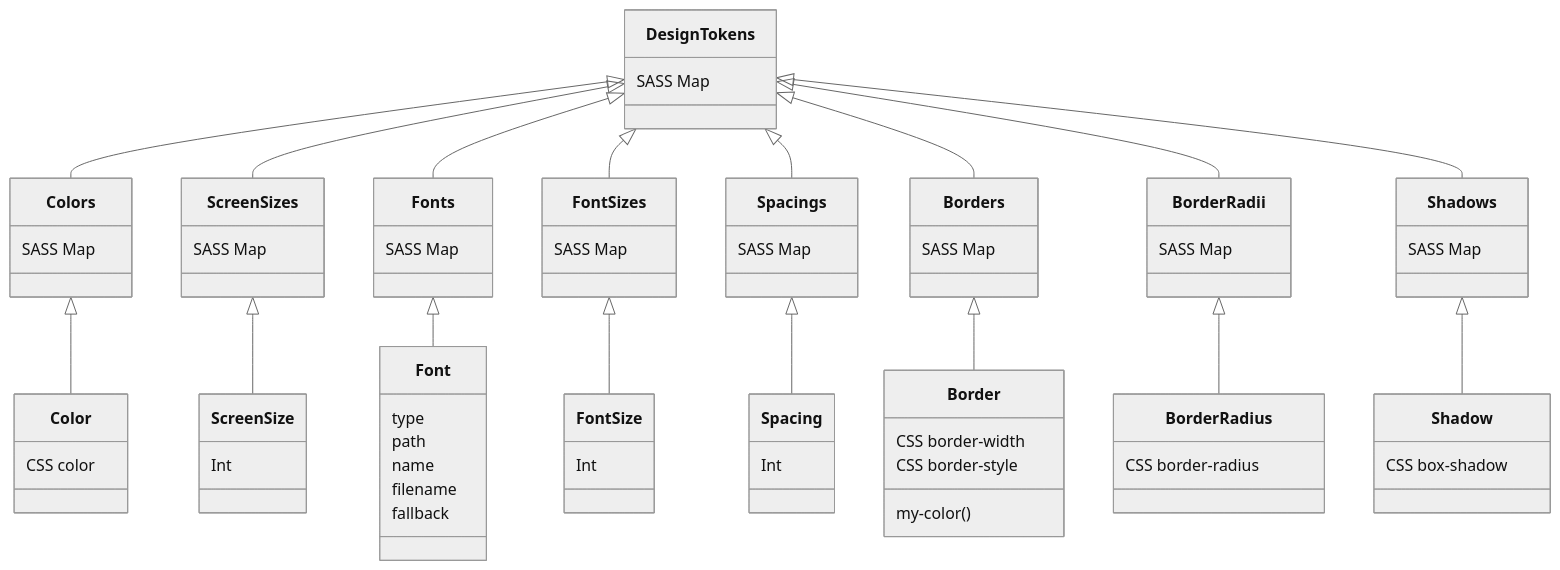
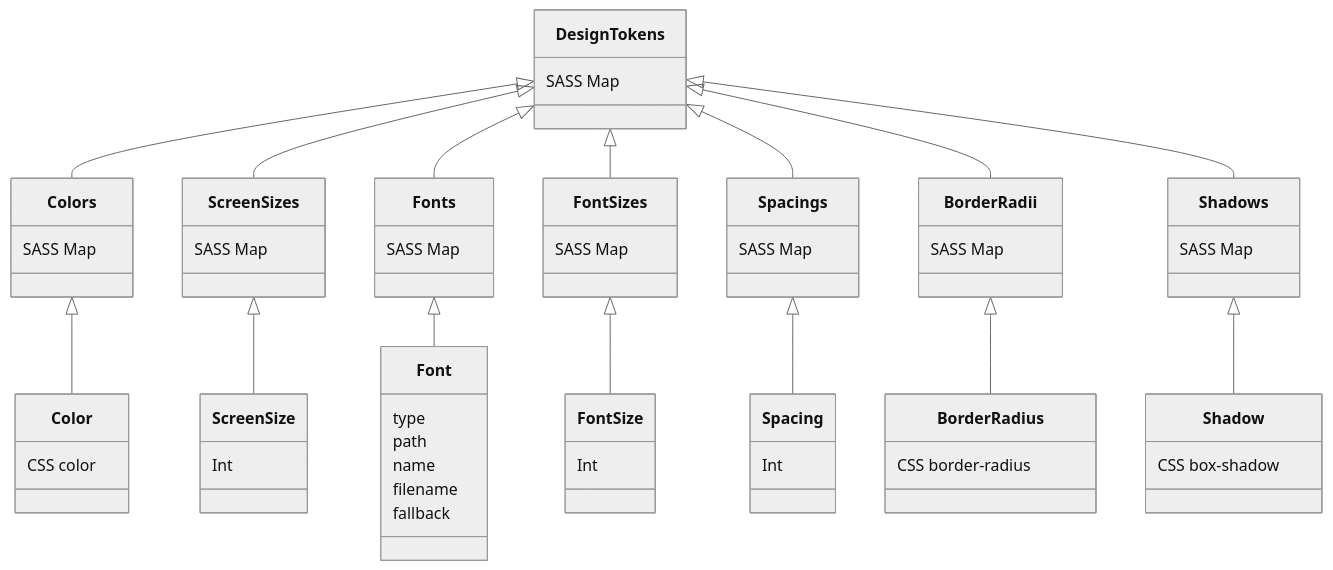
Before and after one commit to ita-design-system/.github: the second of 2 diagrams in README.md, drawn with Mermaid (neutral theme). The commit also changed other lines of this file, not shown here.

````diff
--- a/README.md
+++ b/README.md
@@ -133,76 +132,66 @@
 ```mermaid
 classDiagram
     DesignTokens <|-- Colors
     DesignTokens <|-- ScreenSizes
     DesignTokens <|-- Fonts
     DesignTokens <|-- FontSizes
     DesignTokens <|-- Spacings
-    DesignTokens <|-- Borders
     DesignTokens <|-- BorderRadii
     DesignTokens <|-- Shadows
     Colors <|-- Color
     ScreenSizes <|-- ScreenSize
     Spacings <|-- Spacing
     Fonts <|-- Font
     FontSizes <|-- FontSize
-    Borders <|-- Border
     BorderRadii <|-- BorderRadius
     Shadows <|-- Shadow
     class DesignTokens{
         SASS Map
     }
     class Colors{
         SASS Map
     }
     class Color{
         CSS color
     }
     class ScreenSizes{
         SASS Map
     }
     class ScreenSize{
         Int
     }
     class Fonts{
         SASS Map
     }
     class Font{
         type
         path
         name
         filename
         fallback
     }
     class FontSizes{
         SASS Map
     }
     class FontSize{
         Int
     }
     class Spacings{
         SASS Map
     }
     class Spacing{
         Int
     }
-    class Borders{
-        SASS Map
-    }
-    class Border{
-        CSS border-width
-        CSS border-style
-        my-color()
-    }
     class BorderRadii{
         SASS Map
     }
     class BorderRadius{
         CSS border-radius
     }
     class Shadows{
         SASS Map
     }
     class Shadow{
         CSS box-shadow
     }
 ```
````
